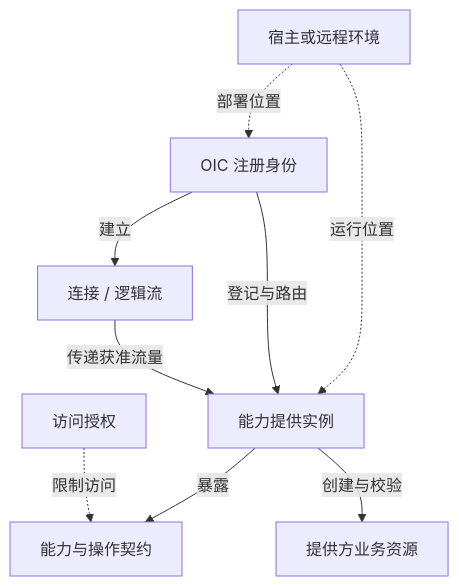
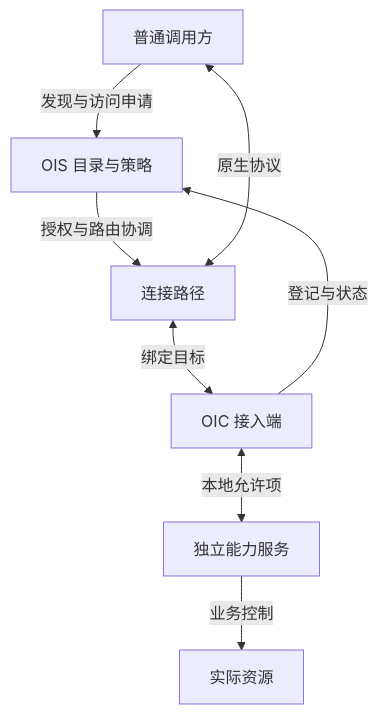
Before and after one commit to wyw-ai/loom-oi: the diagram in docs/distributed-architecture-conclusions.md, drawn with Mermaid. The commit also changed other lines of this file and 16 other files, not shown here.

Commit message:
docs(alpha): rebuild architecture evidence chains and consolidate issue decisions

````diff
--- a/docs/distributed-architecture-conclusions.md
+++ b/docs/distributed-architecture-conclusions.md
@@ -108,18 +26,10 @@
 ```mermaid
 flowchart TD
-    H["宿主或远程环境"]
-    O["OIC 注册身份"]
-    P["能力提供实例"]
-    K["能力与操作契约"]
-    N["连接 / 逻辑流"]
-    A["访问授权"]
-    B["提供方业务资源"]
-    H -.->|部署位置| O
-    H -.->|运行位置| P
-    O -->|登记与路由| P
-    P -->|暴露| K
-    O -->|建立| N
-    N -->|传递获准流量| P
-    A -.->|限制访问| K
-    P -->|创建与校验| B
+    C["普通调用方"] -->|发现与访问申请| S["OIS 目录与策略"]
+    S -->|授权与路由协调| N["连接路径"]
+    C <-->|原生协议| N
+    N <-->|绑定目标| O["OIC 接入端"]
+    O -->|登记与状态| S
+    O <-->|本地允许项| P["独立能力服务"]
+    P -->|业务控制| R["实际资源"]
 ```
````
